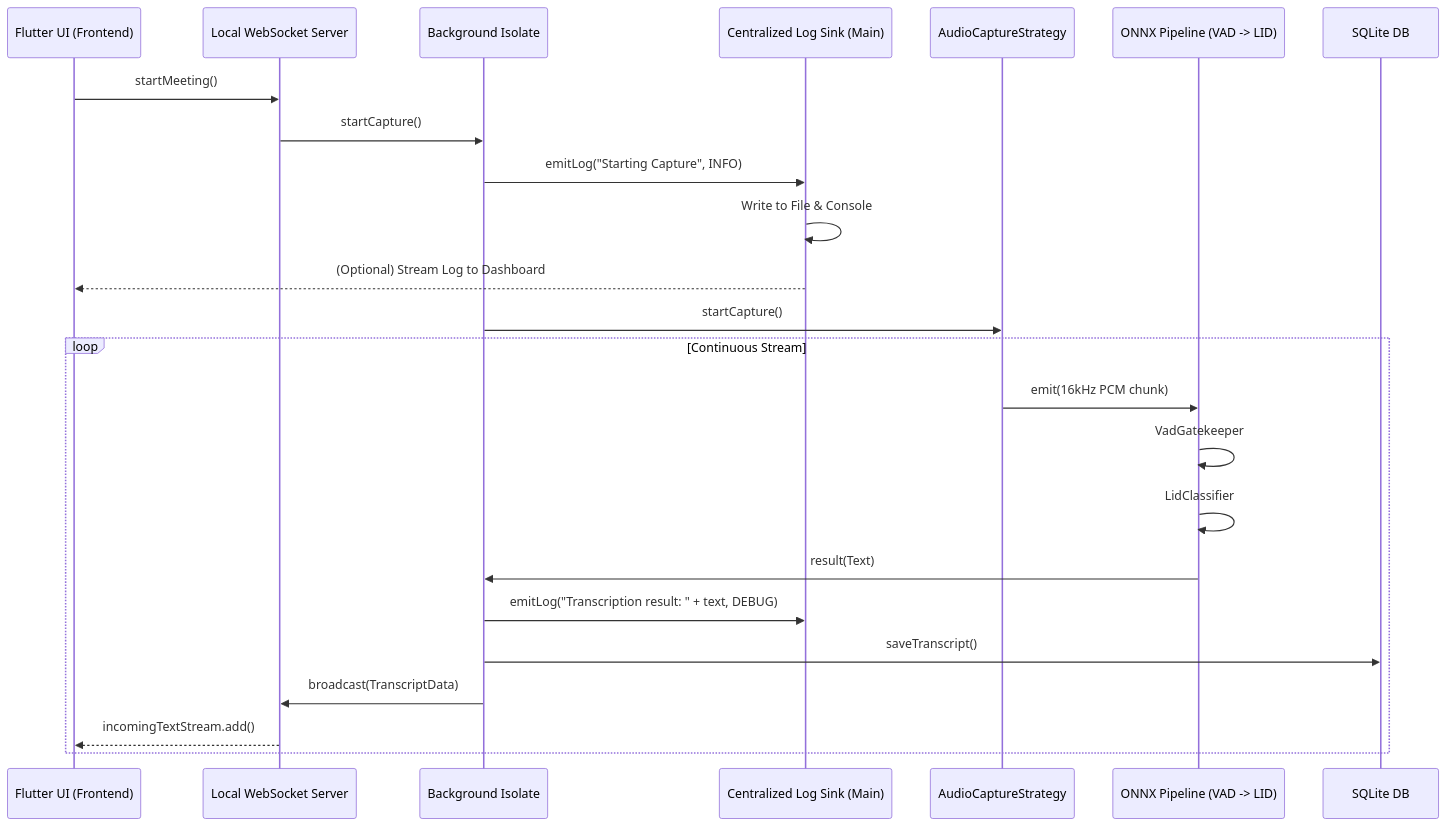
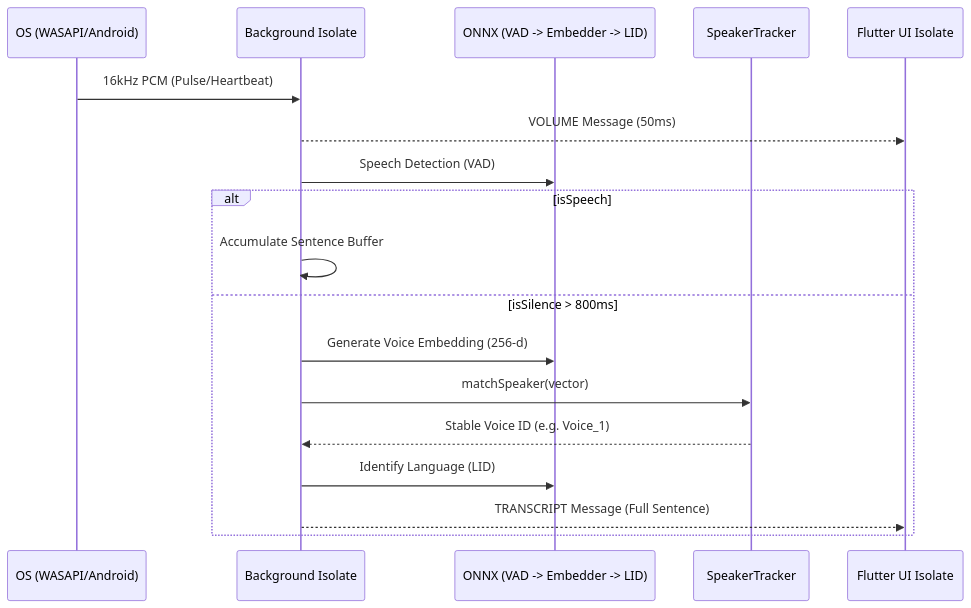
Before and after one commit to manishknema/local_speech: the diagram in FLUTTER_ARCHITECTURE.md, drawn with Mermaid. The commit also changed other lines of this file and 189 other files, not shown here.

Commit message:
Set up agentic testing pipeline, CI matrix, and testing docs (without tracked ONNX binaries)

````diff
--- a/FLUTTER_ARCHITECTURE.md
+++ b/FLUTTER_ARCHITECTURE.md
@@ -82,30 +26,22 @@
 ```mermaid
 sequenceDiagram
-    participant UI as Flutter UI (Frontend)
-    participant IPC as Local WebSocket Server
+    participant Native as OS (WASAPI/Android)
     participant BAPE as Background Isolate
-    participant Log as Centralized Log Sink (Main)
-    participant Audio as AudioCaptureStrategy
-    participant Pipe as ONNX Pipeline (VAD -> LID)
-    participant DB as SQLite DB
+    participant AI as ONNX (VAD -> Embedder -> LID)
+    participant Tracker as SpeakerTracker
+    participant UI as Flutter UI Isolate
 
-    UI->>IPC: startMeeting()
-    IPC->>BAPE: startCapture()
-    BAPE->>Log: emitLog("Starting Capture", INFO)
-    Log->>Log: Write to File & Console
-    Log-->>UI: (Optional) Stream Log to Dashboard
+    Native->>BAPE: 16kHz PCM (Pulse/Heartbeat)
+    BAPE-->>UI: VOLUME Message (50ms)
     
-    BAPE->>Audio: startCapture()
-    loop Continuous Stream
-        Audio->>Pipe: emit(16kHz PCM chunk)
-        Pipe->>Pipe: VadGatekeeper
-        Pipe->>Pipe: LidClassifier
-        
-        Pipe->>BAPE: result(Text)
-        BAPE->>Log: emitLog("Transcription result: " + text, DEBUG)
-        
-        BAPE->>DB: saveTranscript()
-        BAPE->>IPC: broadcast(TranscriptData)
-        IPC-->>UI: incomingTextStream.add()
+    BAPE->>AI: Speech Detection (VAD)
+    alt isSpeech
+        BAPE->>BAPE: Accumulate Sentence Buffer
+    else isSilence > 800ms
+        BAPE->>AI: Generate Voice Embedding (256-d)
+        BAPE->>Tracker: matchSpeaker(vector)
+        Tracker-->>BAPE: Stable Voice ID (e.g. Voice_1)
+        BAPE->>AI: Identify Language (LID)
+        BAPE-->>UI: TRANSCRIPT Message (Full Sentence)
     end
 ```
````
